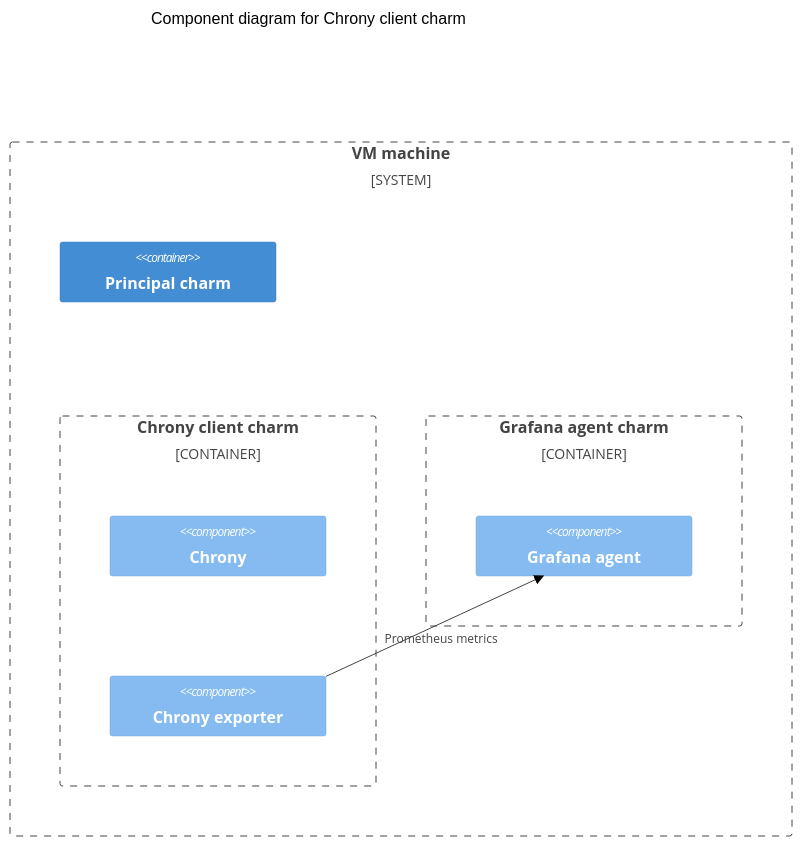
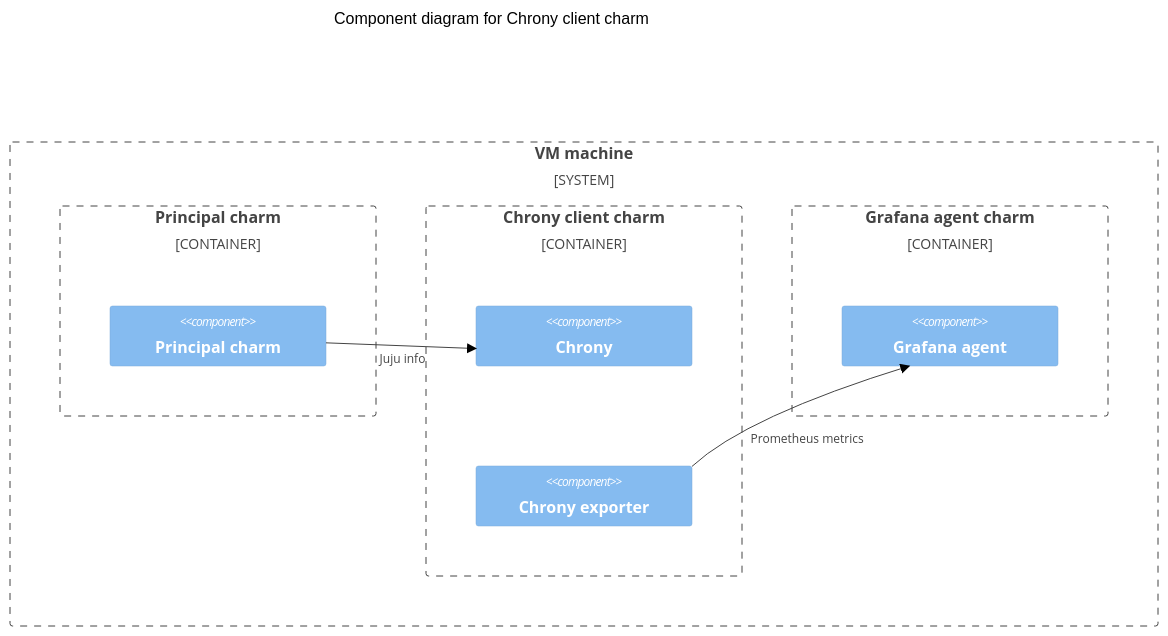
The diagram in docs/explanation/charm-architecture.md (canonical/chrony-client-operator), drawn with Mermaid (neutral theme) before and after one commit. The commit also changed other lines of this file and 4 other files, not shown here.

````diff
--- a/docs/explanation/charm-architecture.md
+++ b/docs/explanation/charm-architecture.md
@@ -19,17 +19,21 @@
 ```mermaid
 C4Context
     title Component diagram for Chrony client charm
-
     System_Boundary(vm, "VM machine") {
-        Container(principal, "Principal charm")
+        Container_Boundary(principal-charm, "Principal charm"){
+            Component(principal, "Principal charm")
+        }
         Container_Boundary(chrony-client, "Chrony client charm") {
             Component(chrony, "Chrony")
             Component(chrony-exporter, "Chrony exporter")
         }
         Container_Boundary(grafana-agent-charm, "Grafana agent charm") {
             Component(grafana-agent, "Grafana agent")
         }
+        Rel(principal, chrony, "Juju info")
+        UpdateRelStyle(principal, chrony, $offsetX="-22", $offsetY="10")
         Rel(chrony-exporter, grafana-agent, "Prometheus metrics")
-        UpdateRelStyle(chrony-exporter, grafana-agent, $offsetX="-50", $offsetY="10")
+        UpdateRelStyle(chrony-exporter, grafana-agent, $offsetX="-50", $offsetY="20")
     }
+      UpdateLayoutConfig($c4ShapeInRow="1", $c4BoundaryInRow="3")
 ```
````
